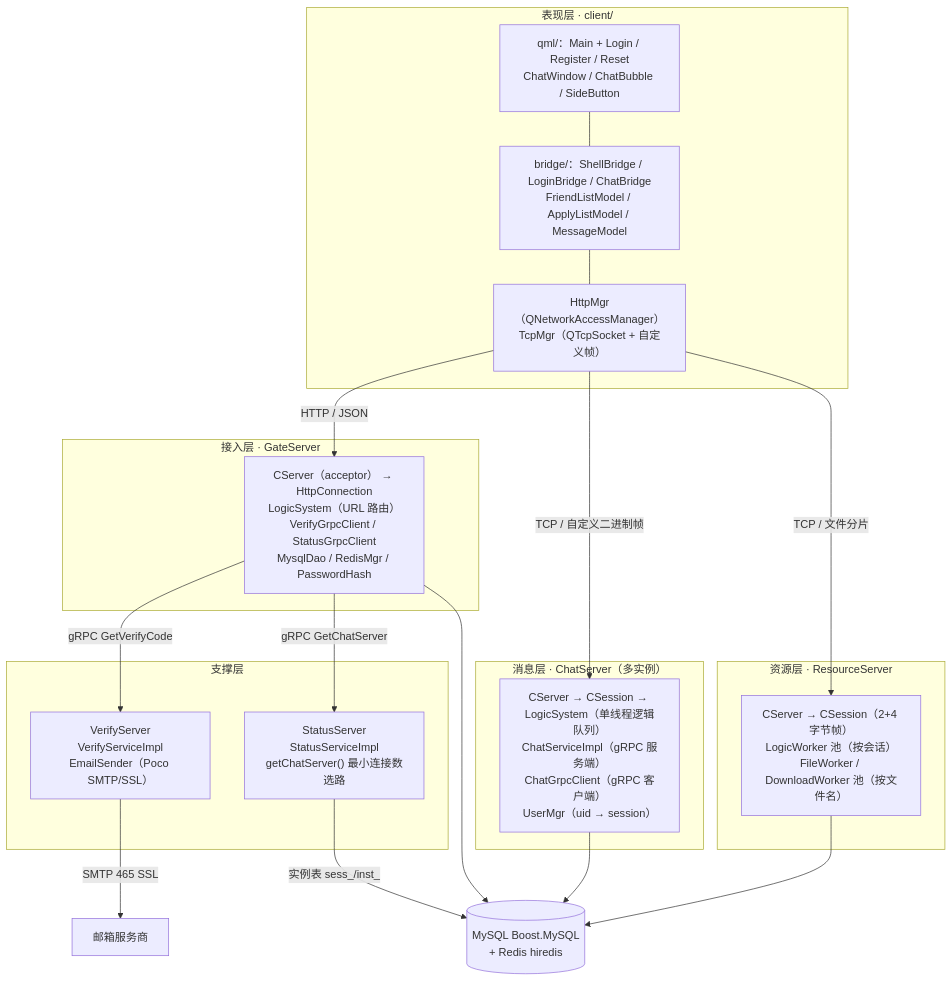
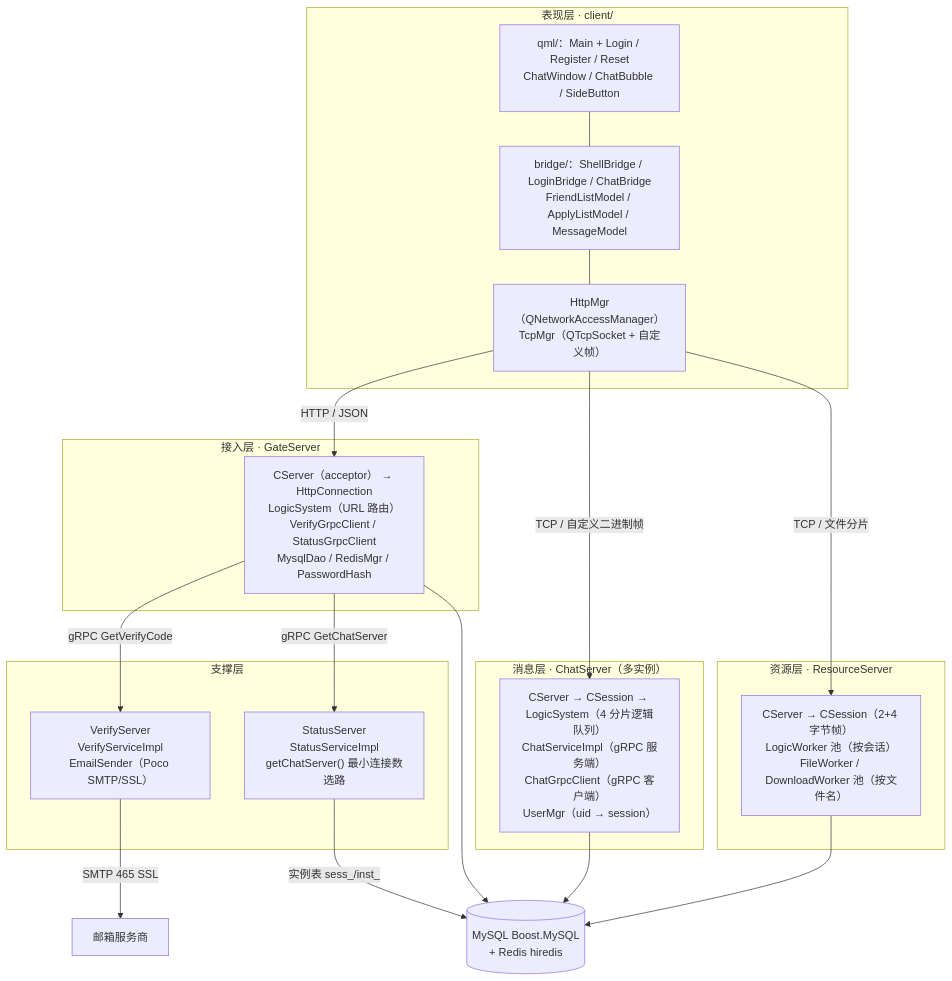
The first of 5 diagrams in docs/01-architecture.md (yrc920/yunjian), drawn with Mermaid before and after one commit. The commit also changed other lines of this file and 78 other files, not shown here.

````diff
--- a/docs/01-architecture.md
+++ b/docs/01-architecture.md
@@ -19,40 +19,40 @@
 ```mermaid
 flowchart TB
     subgraph presentation["表现层 · client/"]
         UI["qml/：Main + Login / Register / Reset<br/>ChatWindow / ChatBubble / SideButton"]
         Bridge["bridge/：ShellBridge / LoginBridge / ChatBridge<br/>FriendListModel / ApplyListModel / MessageModel"]
         CMgr["HttpMgr（QNetworkAccessManager）<br/>TcpMgr（QTcpSocket + 自定义帧）"]
         UI --- Bridge --- CMgr
     end
 
     subgraph access["接入层 · GateServer"]
         Gate["CServer（acceptor） → HttpConnection<br/>LogicSystem（URL 路由）<br/>VerifyGrpcClient / StatusGrpcClient<br/>MysqlDao / RedisMgr / PasswordHash"]
     end
 
     subgraph support["支撑层"]
         Verify["VerifyServer<br/>VerifyServiceImpl<br/>EmailSender（Poco SMTP/SSL）"]
         Status["StatusServer<br/>StatusServiceImpl<br/>getChatServer() 最小连接数选路"]
     end
 
     subgraph msg["消息层 · ChatServer（多实例）"]
-        Chat["CServer → CSession → LogicSystem（单线程逻辑队列）<br/>ChatServiceImpl（gRPC 服务端）<br/>ChatGrpcClient（gRPC 客户端）<br/>UserMgr（uid → session）"]
+        Chat["CServer → CSession → LogicSystem（4 分片逻辑队列）<br/>ChatServiceImpl（gRPC 服务端）<br/>ChatGrpcClient（gRPC 客户端）<br/>UserMgr（uid → session）"]
     end
 
     subgraph res["资源层 · ResourceServer"]
         Res["CServer → CSession（2+4 字节帧）<br/>LogicWorker 池（按会话）<br/>FileWorker / DownloadWorker 池（按文件名）"]
     end
 
     Store[("MySQL Boost.MySQL<br/>+ Redis hiredis")]
     Mail["邮箱服务商"]
 
     CMgr -->|"HTTP / JSON"| Gate
     CMgr -->|"TCP / 自定义二进制帧"| Chat
     CMgr -->|"TCP / 文件分片"| Res
     Gate -->|"gRPC GetVerifyCode"| Verify
     Gate -->|"gRPC GetChatServer"| Status
     Gate --> Store
     Verify -->|"SMTP 465 SSL"| Mail
     Status -->|"实例表 sess_/inst_"| Store
     Chat --> Store
     Res --> Store
 ```
````
